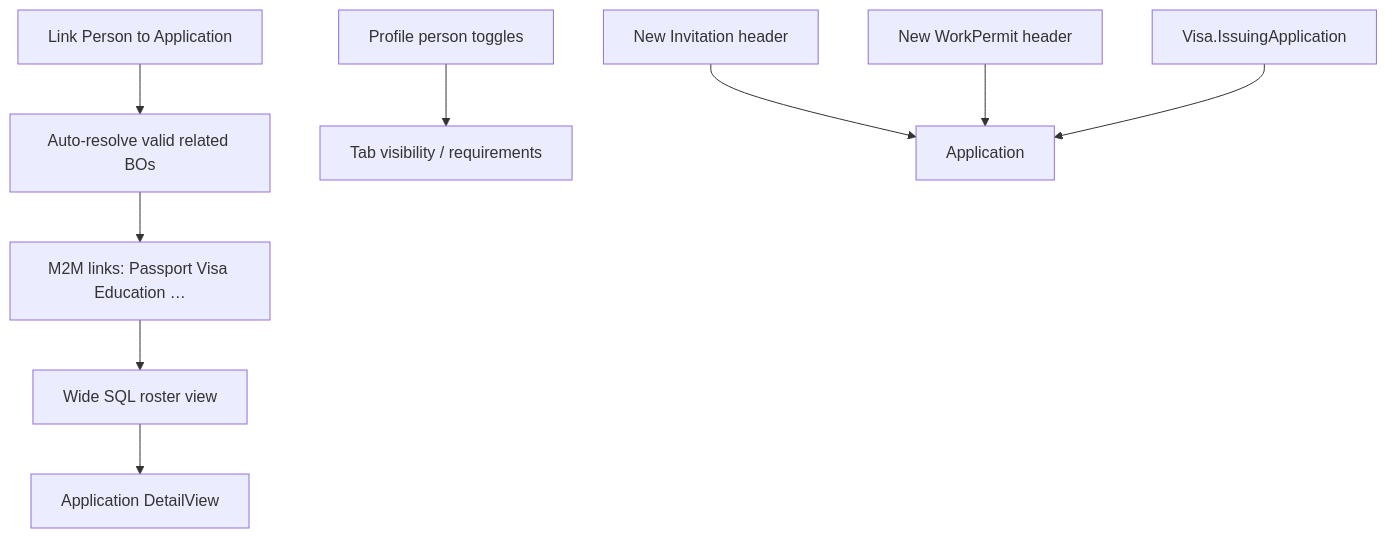
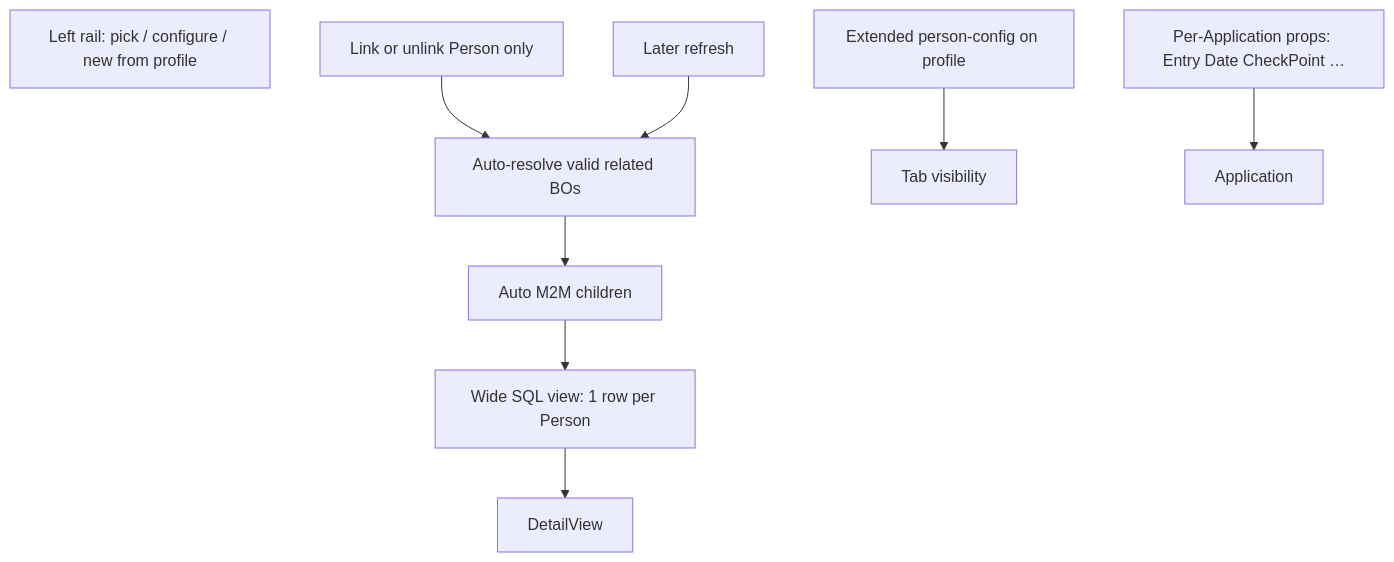
The first of 3 diagrams in docs/APPLICATION_PROFILE_PLAN.md (webapis/Visa2026), drawn with Mermaid before and after one commit. The commit also changed other lines of this file and 1 other file, not shown here.

First line of the commit message:
Lock remaining Application DetailView M2M design answers.

````diff
--- a/docs/APPLICATION_PROFILE_PLAN.md
+++ b/docs/APPLICATION_PROFILE_PLAN.md
@@ -189,11 +216,12 @@
 ```mermaid
 flowchart TB
-  Add[Link Person to Application] --> Resolve[Auto-resolve valid related BOs]
-  Resolve --> M2M[M2M links: Passport Visa Education …]
-  Prof[Profile person toggles] --> Tabs[Tab visibility / requirements]
-  M2M --> View[Wide SQL roster view]
-  View --> UI[Application DetailView]
-  OutInv[New Invitation header] --> App[Application]
-  OutWp[New WorkPermit header] --> App
-  OutVisa[Visa.IssuingApplication] --> App
+  Rail[Left rail: pick / configure / new from profile]
+  Add[Link or unlink Person only]
+  Add --> Resolve[Auto-resolve valid related BOs]
+  Refresh[Later refresh] --> Resolve
+  Resolve --> M2M[Auto M2M children]
+  Prof[Extended person-config on profile] --> Tabs[Tab visibility]
+  M2M --> View[Wide SQL view: 1 row per Person]
+  AppProps[Per-Application props: Entry Date CheckPoint …] --> App[Application]
+  View --> UI[DetailView]
 ```
````
